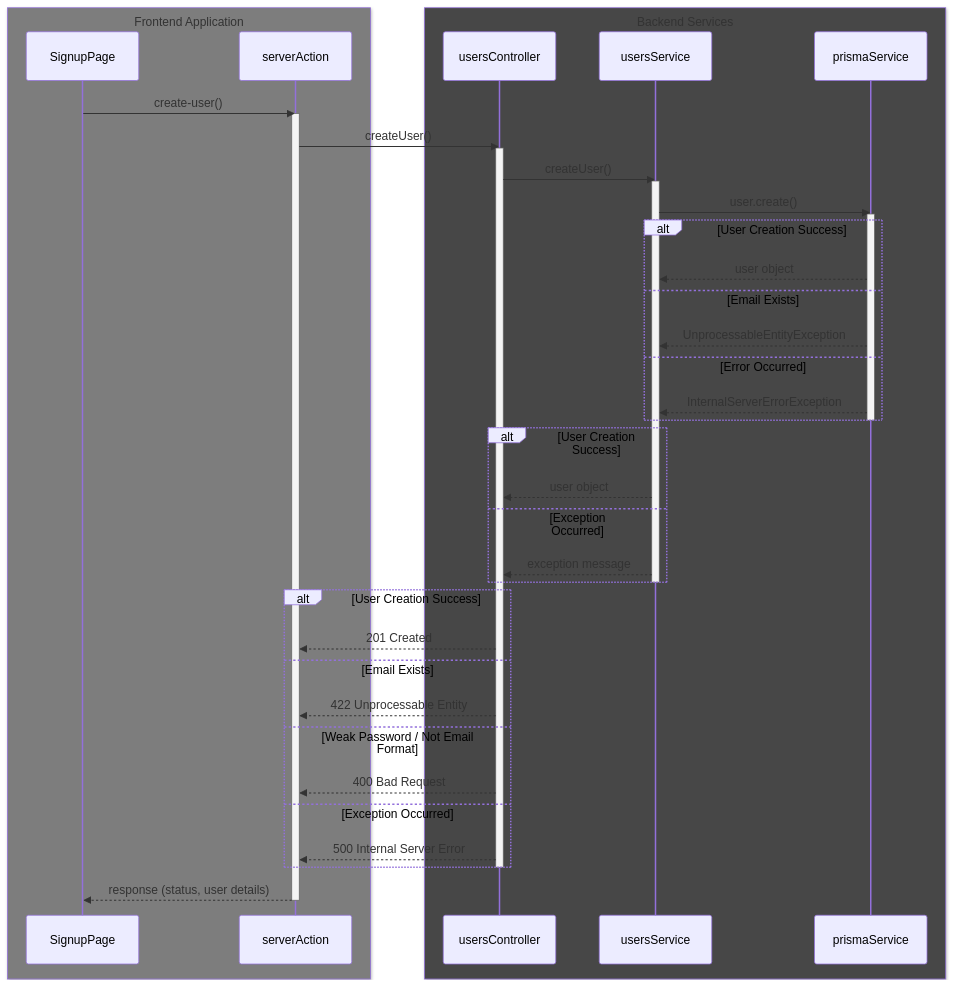
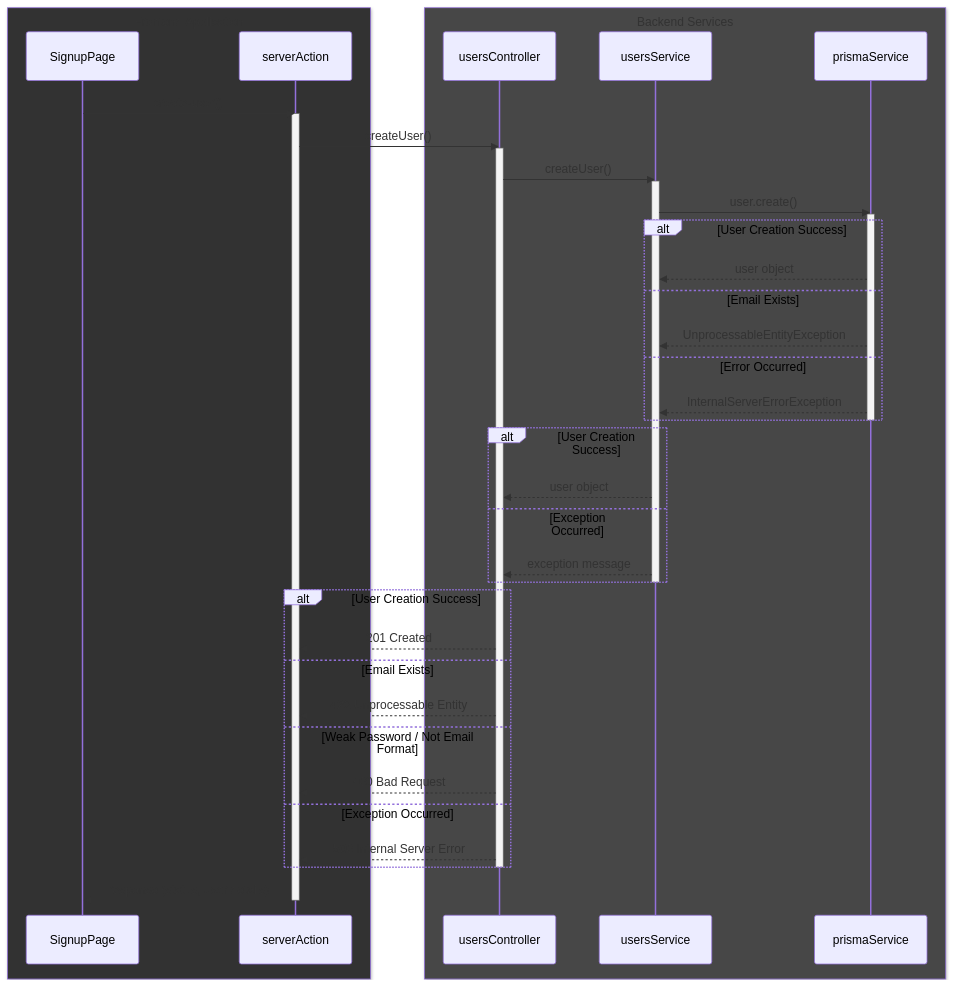
The diagram in docs/sequence_diagrams/signup.md (ranganadh2014/my-mart-be), drawn with Mermaid before and after one commit.

Commit message:
signup sequence diagram

````diff
--- a/docs/sequence_diagrams/signup.md
+++ b/docs/sequence_diagrams/signup.md
@@ -1,67 +1,67 @@
 ```mermaid
 sequenceDiagram
 
     %%{init: {'theme': 'base', 'themeVariables': { 
         'primaryColor': '#000000',  // Darker background for boxes
         'edgeColor': '#3e3e3e',      // White edges for better visibility
         'nodeTextColor': '#3e3e3e',  // White text for better contrast
         'signalColor': '#00ff00',    // Bright green signals
         'background': '#1a1a1a'       // Dark background for the entire diagram
     }}}%%
     
-    box rgb(125, 125, 125) Frontend Application
+    box rgb(50, 50, 50) Frontend Application
         participant SignupPage
         participant serverAction
     end
     
     box rgb(71, 71, 71) Backend Services
         participant usersController
         participant usersService
         participant prismaService
     end
     
     SignupPage->>serverAction: create-user()
     activate serverAction
     
     serverAction->>usersController: createUser()
     activate usersController
     
     usersController->>usersService: createUser()
     activate usersService
     
     usersService->>prismaService: user.create()
     activate prismaService
     
     alt User Creation Success
         prismaService-->>usersService: user object
     else Email Exists
         prismaService-->>usersService: UnprocessableEntityException
     else Error Occurred
         prismaService-->>usersService: InternalServerErrorException
     end
     
     deactivate prismaService
     
     alt User Creation Success
         usersService-->>usersController: user object
     else Exception Occurred
         usersService-->>usersController: exception message
     end
     
     deactivate usersService
     
     alt User Creation Success
         usersController-->>serverAction: 201 Created
     else Email Exists
         usersController-->>serverAction: 422 Unprocessable Entity
     else Weak Password / Not Email Format
         usersController-->>serverAction: 400 Bad Request
     else Exception Occurred
         usersController-->>serverAction: 500 Internal Server Error
     end
     
     deactivate usersController
     
     serverAction-->>SignupPage: response (status, user details)
     deactivate serverAction
 ```
````
